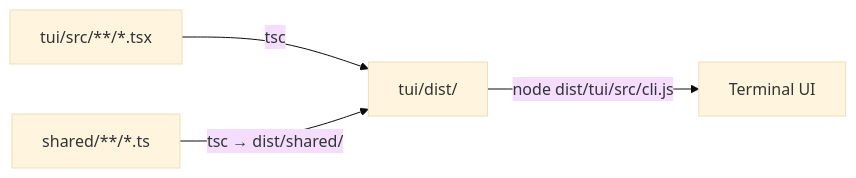
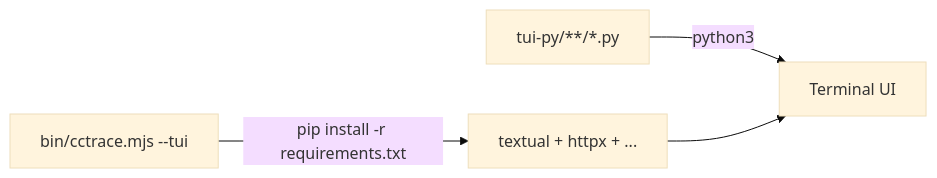
Diagram 11 of 11 in specs/06-tui.md (delexw/claude-code-trace), drawn with Mermaid (base theme) before and after one commit. The commit also changed other lines of this file and 72 other files, not shown here.

First line of the commit message:
feat(tui-py): migrate TUI to Python/Textual; add tests + polish

````diff
--- a/specs/06-tui.md
+++ b/specs/06-tui.md
@@ -316,7 +412,6 @@
 ```mermaid
 flowchart LR
-    SRC["tui/src/**/*.tsx"]
-    SRC -->|"tsc"| DIST["tui/dist/"]
-    DIST -->|"node dist/tui/src/cli.js"| RUN["Terminal UI"]
-    SHARED["shared/**/*.ts"] -->|"tsc → dist/shared/"| DIST
+    SRC["tui-py/**/*.py"] -->|"python3"| RUN["Terminal UI"]
+    BIN["bin/cctrace.mjs --tui"] -->|"pip install -r requirements.txt"| DEPS["textual + httpx + ..."]
+    DEPS --> RUN
 ```
````
